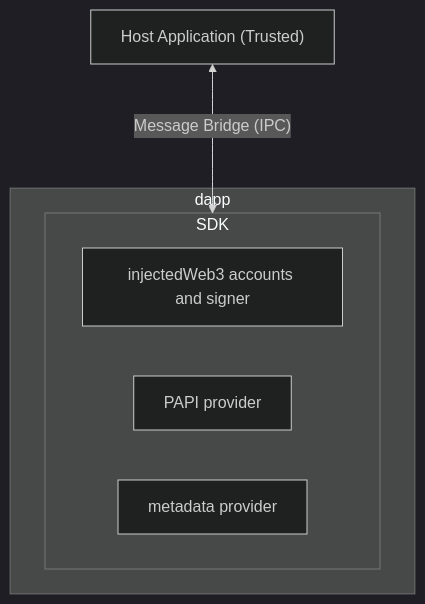
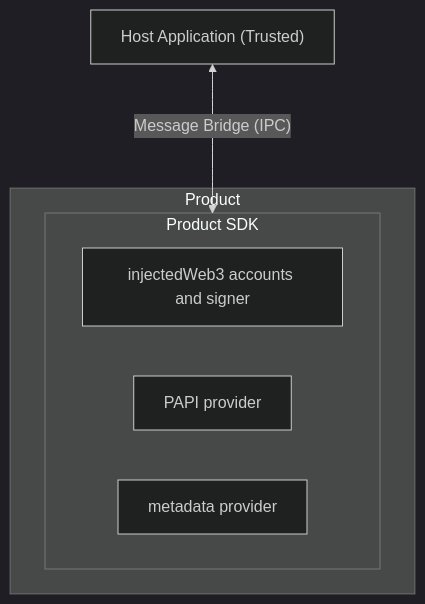
One commit to novasamatech/spektr-sdk changed the diagram in README.md. Above: the diagram before and after it, drawn with Mermaid (dark theme). The commit also changed other lines of this file and 46 other files, not shown here.

````diff
--- a/README.md
+++ b/README.md
@@ -17,15 +19,15 @@
 ```mermaid
 flowchart TB
   host["Host Application (Trusted)"]
 
-  subgraph dapp
-    subgraph sdk["SDK"]
+  subgraph Product
+    subgraph sdk["Product SDK"]
       injectedWeb3["injectedWeb3 accounts and signer"]
       papi["PAPI provider"]
       meta["metadata provider"]
     end
   end
   
   host <--->|"Message Bridge (IPC)"| sdk
   
 ```
````
